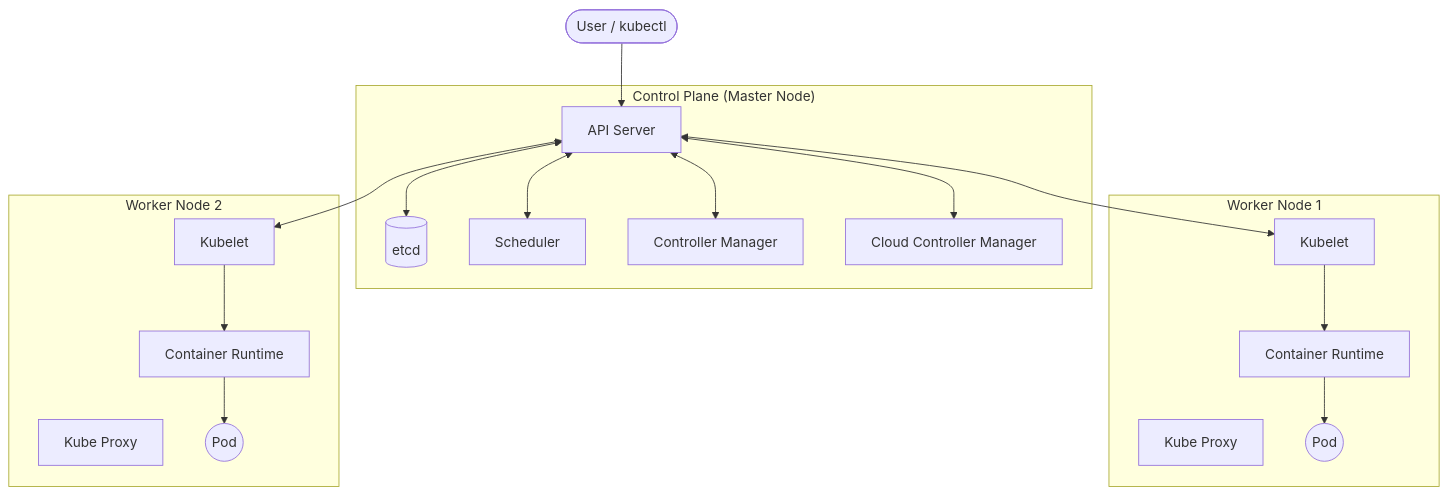
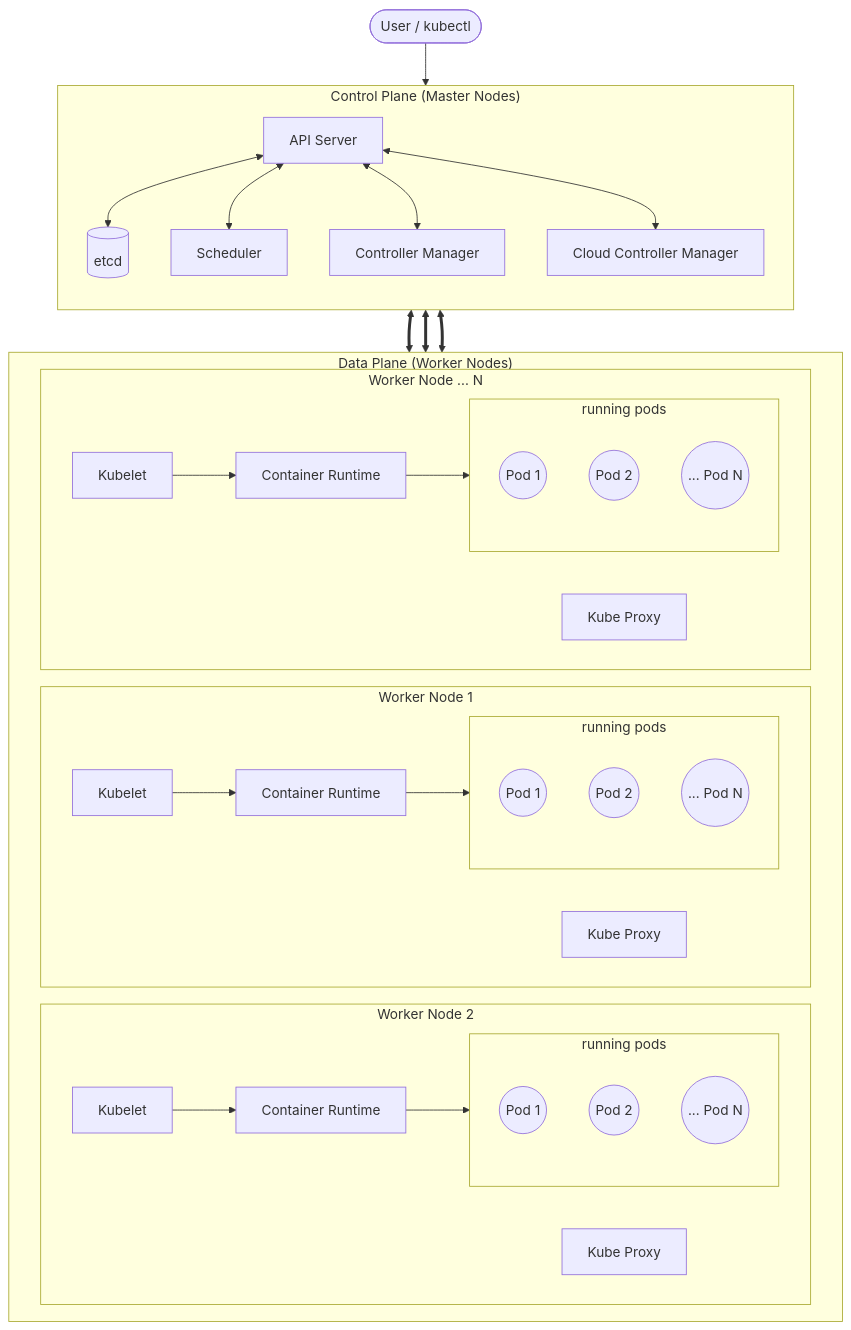
Before and after one commit to gajjela521/kubernetes-production-docs: the diagram in KUBERNETES_ARCHITECTURE_DESIGN.md, drawn with Mermaid. The commit also changed other lines of this file, not shown here.

Commit message:
Enhance Architecture Diagram: Explicit N Nodes & N Pods Structure

````diff
--- a/KUBERNETES_ARCHITECTURE_DESIGN.md
+++ b/KUBERNETES_ARCHITECTURE_DESIGN.md
@@ -11,40 +11,70 @@
 ```mermaid
 graph TD
-    subgraph Control_Plane ["Control Plane (Master Node)"]
+    subgraph Control_Plane ["Control Plane (Master Nodes)"]
+        direction TB
         API[API Server]
         ETCD[(etcd)]
         SCHED[Scheduler]
         CM[Controller Manager]
         CCM[Cloud Controller Manager]
     end
 
-    subgraph Node1 ["Worker Node 1"]
-        K1[Kubelet]
-        P1[Kube Proxy]
-        C1[Container Runtime]
-        Pod1((Pod))
-    end
+    subgraph Cluster_Nodes ["Data Plane (Worker Nodes)"]
+        direction LR
+        
+        subgraph Node1 ["Worker Node 1"]
+            K1[Kubelet]
+            P1[Kube Proxy]
+            CR1[Container Runtime]
+            subgraph Pods1 ["running pods"]
+                Pod1_1((Pod 1))
+                Pod1_2((Pod 2))
+                Pod1_N((... Pod N))
+            end
+        end
 
-    subgraph Node2 ["Worker Node 2"]
-        K2[Kubelet]
-        P2[Kube Proxy]
-        C2[Container Runtime]
-        Pod2((Pod))
+        subgraph Node2 ["Worker Node 2"]
+            K2[Kubelet]
+            P2[Kube Proxy]
+            CR2[Container Runtime]
+            subgraph Pods2 ["running pods"]
+                Pod2_1((Pod 1))
+                Pod2_2((Pod 2))
+                Pod2_N((... Pod N))
+            end
+        end
+
+        subgraph NodeN ["Worker Node ... N"]
+            KN[Kubelet]
+            PN[Kube Proxy]
+            CRN[Container Runtime]
+            subgraph PodsN ["running pods"]
+                PodN_1((Pod 1))
+                PodN_2((Pod 2))
+                PodN_N((... Pod N))
+            end
+        end
     end
 
     %% Connections
     User([User / kubectl]) --> API
     API <--> ETCD
     API <--> SCHED
     API <--> CM
     API <--> CCM
     
-    API <--> K1
-    API <--> K2
+    %% Control Plane -> Nodes
+    API <==> K1
+    API <==> K2
+    API <==> KN
     
-    K1 --> C1
-    C1 --> Pod1
+    %% Node Internals
+    K1 --> CR1
+    CR1 --> Pods1
     
-    K2 --> C2
-    C2 --> Pod2
+    K2 --> CR2
+    CR2 --> Pods2
+    
+    KN --> CRN
+    CRN --> PodsN
 ```
````
